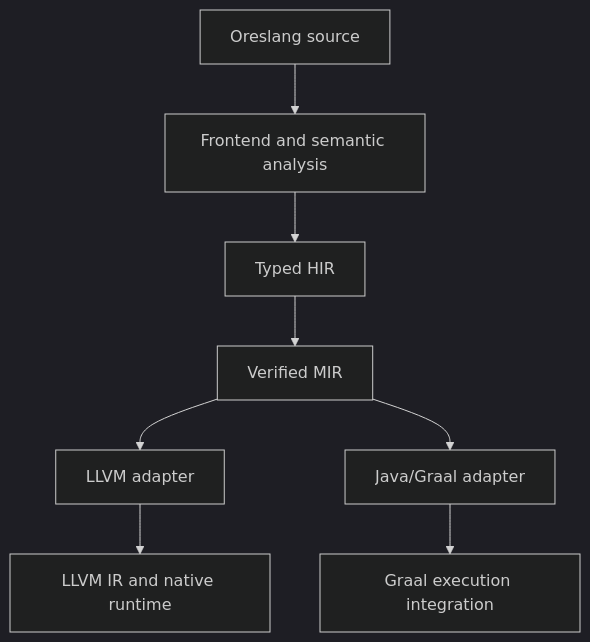
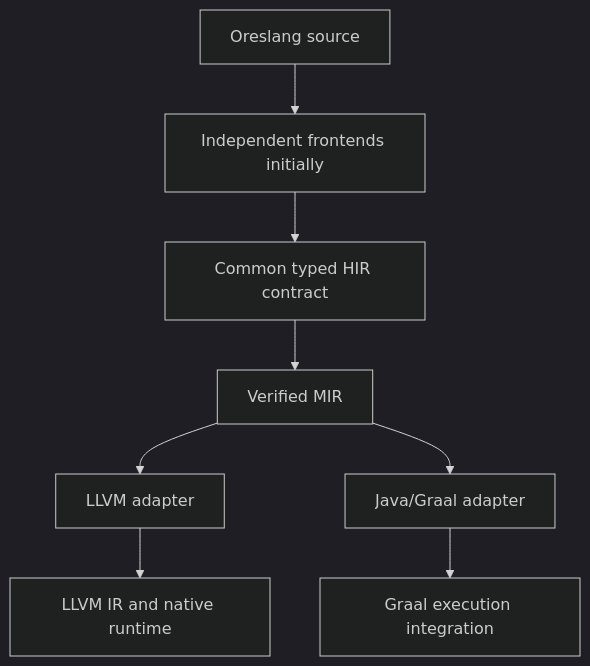
The diagram in README.md (atto-lang/atto-common-source), drawn with Mermaid (dark theme) before and after one commit. The commit also changed other lines of this file, not shown here.

Commit message:
docs: record independent compiler strategy and corrected trusted AOT requirements

````diff
--- a/README.md
+++ b/README.md
@@ -19,10 +28,10 @@
 ```mermaid
 flowchart TD
-  S["Oreslang source"] --> F["Frontend and semantic analysis"]
-  F --> H["Typed HIR"]
+  S["Oreslang source"] --> F["Independent frontends initially"]
+  F --> H["Common typed HIR contract"]
   H --> M["Verified MIR"]
   M --> L["LLVM adapter"]
   M --> G["Java/Graal adapter"]
   L --> N["LLVM IR and native runtime"]
   G --> J["Graal execution integration"]
 ```
````
